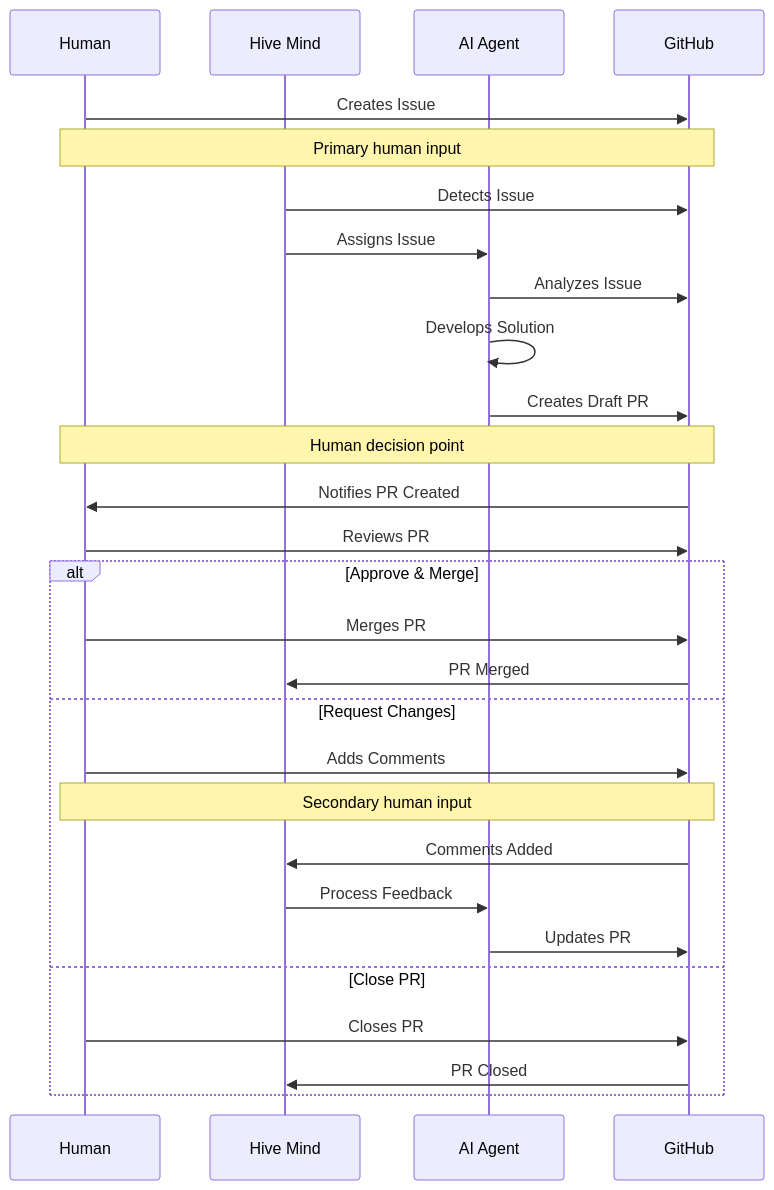
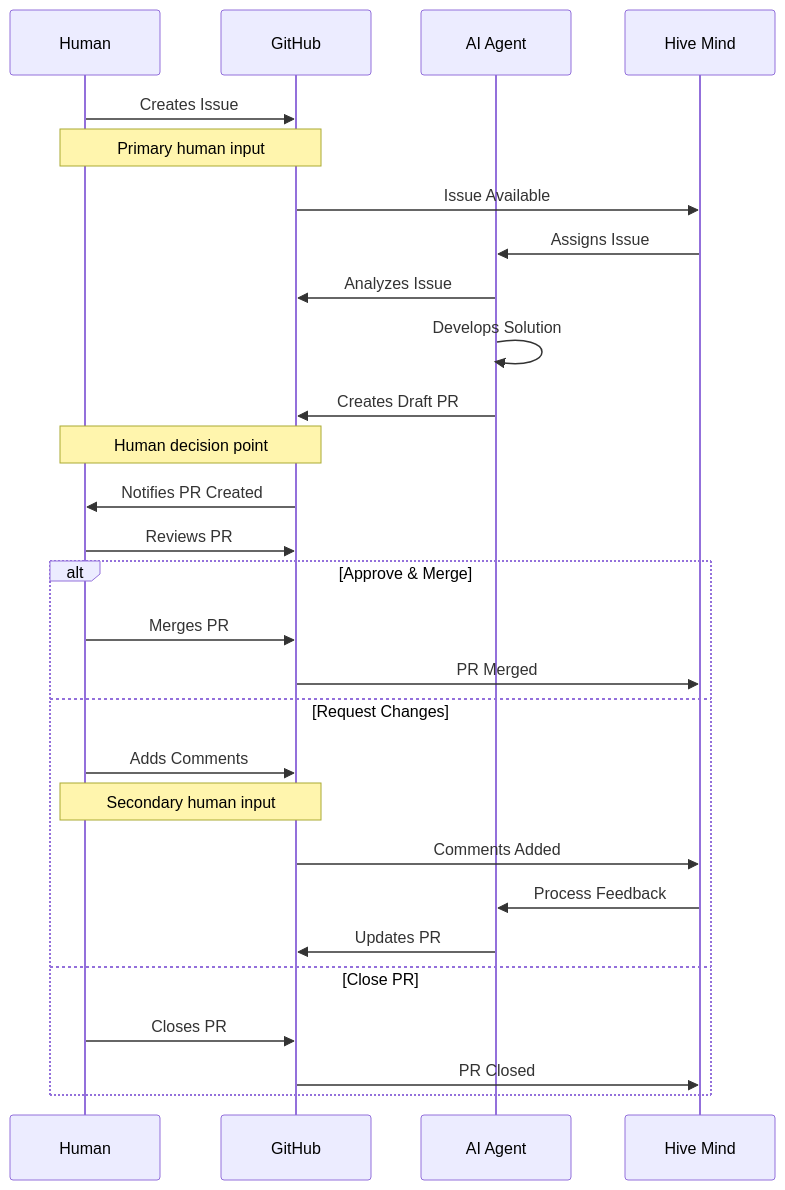
The third of 6 diagrams in docs/flow.md (PeterMotorniy/auto-programmer), drawn with Mermaid before and after one commit. The commit also changed other lines of this file and 2 other files, not shown here.

Commit message:
Update README.md and FLOW.md documentation
- Remove High-Level System Architecture section from README.md
- Update sequence diagram order in both README.md and flow.md to: Human → GitHub → AI Agent → Hive Mind
- Ensure sequence diagrams correctly represent basic flows in the code

Fixes #246

🤖 Generated with [Claude Code](https://claude.ai/code)

````diff
--- a/docs/flow.md
+++ b/docs/flow.md
@@ -148,34 +148,34 @@
 ```mermaid
 sequenceDiagram
     participant H as Human
+    participant GH as GitHub
+    participant AI as AI Agent
     participant HM as Hive Mind
-    participant AI as AI Agent
-    participant GH as GitHub
 
     H->>GH: Creates Issue
     Note over H,GH: Primary human input
 
-    HM->>GH: Detects Issue
+    GH->>HM: Issue Available
     HM->>AI: Assigns Issue
     AI->>GH: Analyzes Issue
     AI->>AI: Develops Solution
     AI->>GH: Creates Draft PR
 
     Note over H,GH: Human decision point
     GH->>H: Notifies PR Created
     H->>GH: Reviews PR
 
     alt Approve & Merge
         H->>GH: Merges PR
         GH->>HM: PR Merged
     else Request Changes
         H->>GH: Adds Comments
         Note over H,GH: Secondary human input
         GH->>HM: Comments Added
         HM->>AI: Process Feedback
         AI->>GH: Updates PR
     else Close PR
         H->>GH: Closes PR
         GH->>HM: PR Closed
     end
 ```
````
